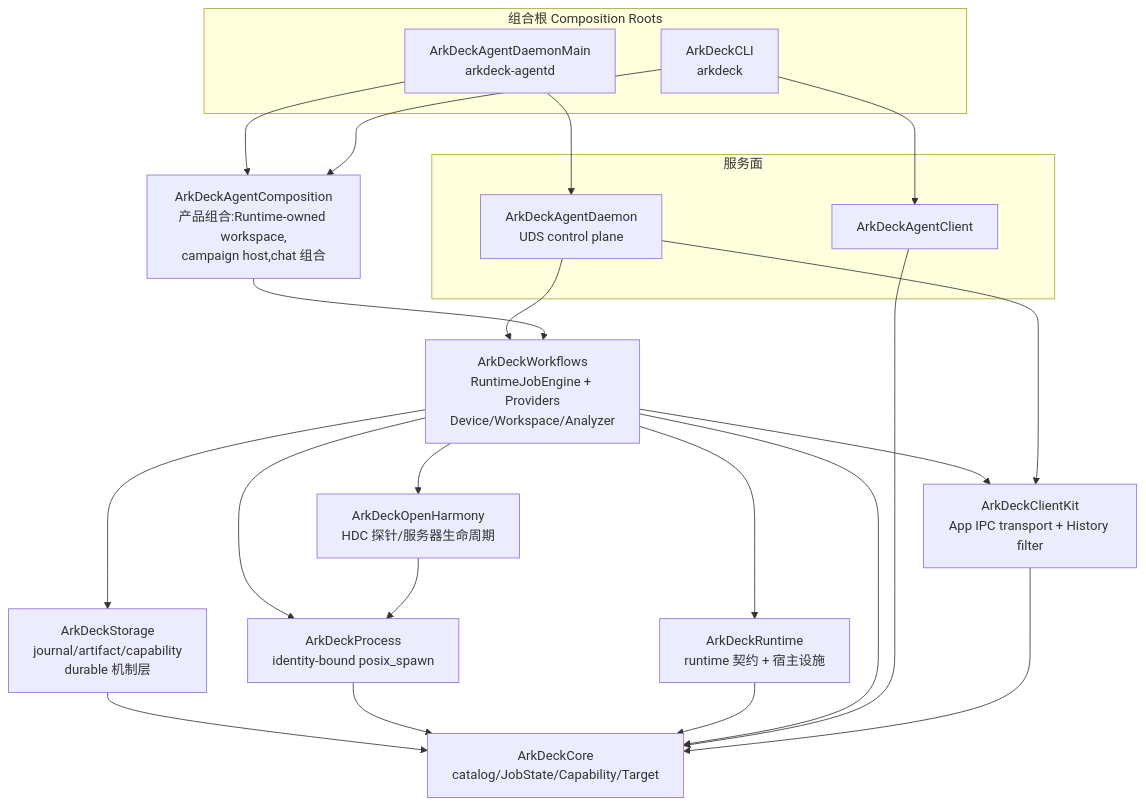
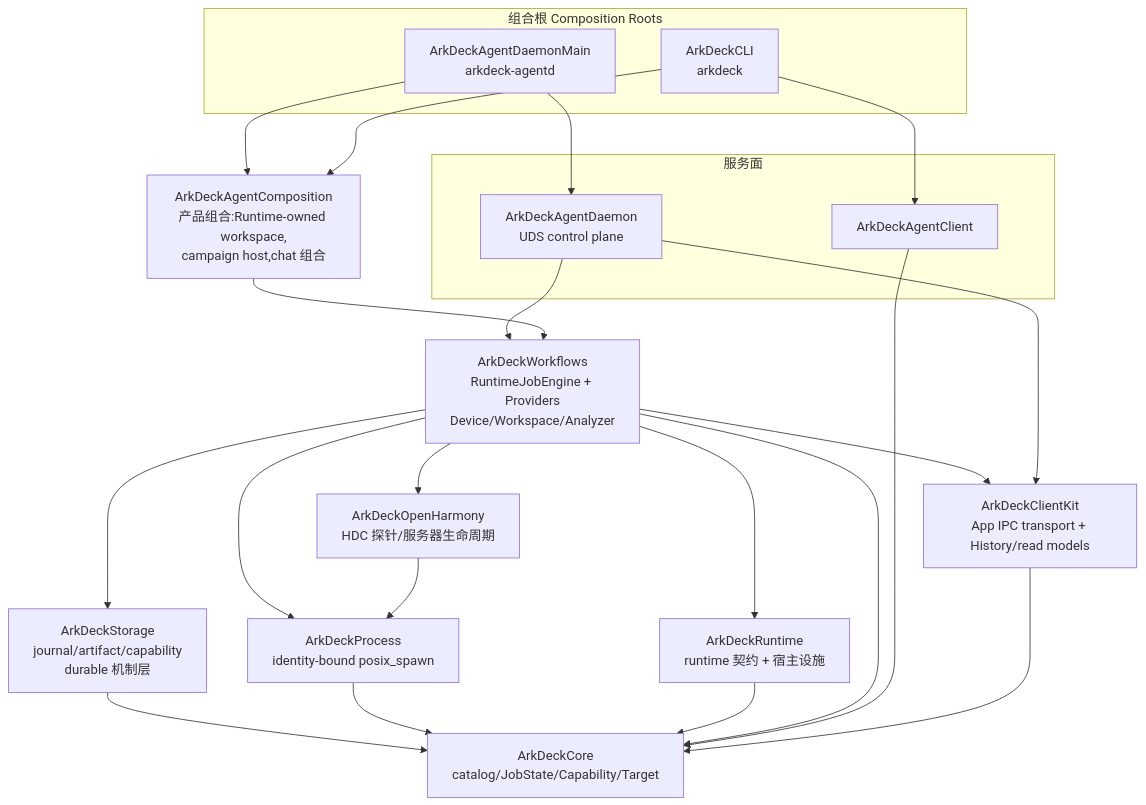
The diagram in docs/ArchitectureRules.md (ArkDeck/ArkDeck), drawn with Mermaid before and after one commit. The commit also changed other lines of this file and 41 other files, not shown here.

First line of the commit message:
feat(TASK-XPA-019): move History readers and client JobControl to ClientKit (#1982)

````diff
--- a/docs/ArchitectureRules.md
+++ b/docs/ArchitectureRules.md
@@ -24,38 +24,38 @@
 ```mermaid
 graph TD
     subgraph 组合根 Composition Roots
         DMAIN[ArkDeckAgentDaemonMain<br/>arkdeck-agentd]
         CLI[ArkDeckCLI<br/>arkdeck]
     end
     subgraph 服务面
         DAEMON[ArkDeckAgentDaemon<br/>UDS control plane]
         CLIENT[ArkDeckAgentClient]
     end
     COMP[ArkDeckAgentComposition<br/>产品组合:Runtime-owned workspace,<br/>campaign host,chat 组合]
     WORKFLOWS[ArkDeckWorkflows<br/>RuntimeJobEngine + Providers<br/>Device/Workspace/Analyzer]
     STORAGE[ArkDeckStorage<br/>journal/artifact/capability<br/>durable 机制层]
     OH[ArkDeckOpenHarmony<br/>HDC 探针/服务器生命周期]
     PROC[ArkDeckProcess<br/>identity-bound posix_spawn]
     RT[ArkDeckRuntime<br/>runtime 契约 + 宿主设施]
     CORE[ArkDeckCore<br/>catalog/JobState/Capability/Target]
 
     DMAIN --> DAEMON
     DMAIN --> COMP
     CLI --> COMP
     CLI --> CLIENT
     DAEMON --> WORKFLOWS
     COMP --> WORKFLOWS
     WORKFLOWS --> OH
     WORKFLOWS --> STORAGE
     WORKFLOWS --> PROC
     WORKFLOWS --> RT
     OH --> PROC
     STORAGE --> CORE
     PROC --> CORE
     RT --> CORE
     WORKFLOWS --> CORE
     CLIENT --> CORE
-    CLIENTKIT[ArkDeckClientKit<br/>App IPC transport + History filter] --> CORE
+    CLIENTKIT[ArkDeckClientKit<br/>App IPC transport + History/read models] --> CORE
     WORKFLOWS --> CLIENTKIT
     DAEMON --> CLIENTKIT
 ```
````
